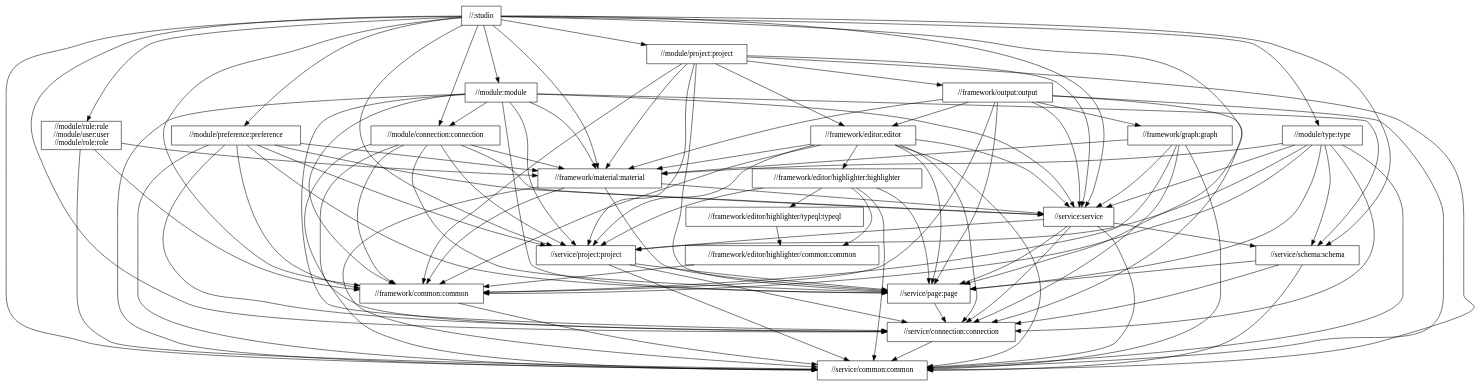
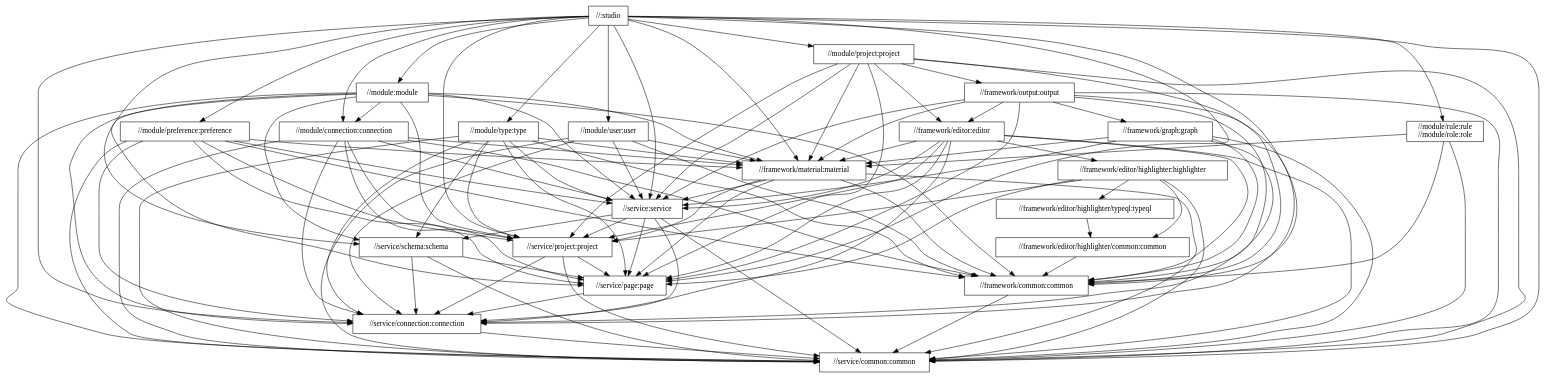
The diagram in docs/global-package-structure.dot (typedb/typedb-studio), drawn with Graphviz before and after one commit. The commit also changed 5 other files, not shown here.

Commit message:
Update dependency diagram in //docs

```diff
--- a/docs/global-package-structure.dot
+++ b/docs/global-package-structure.dot
@@ -1,126 +1,134 @@
 digraph mygraph {
   node [shape=box];
   "//:studio"
   "//:studio" -> "//framework/common:common"
   "//:studio" -> "//framework/material:material"
   "//:studio" -> "//module:module"
   "//:studio" -> "//module/connection:connection"
   "//:studio" -> "//module/preference:preference"
   "//:studio" -> "//module/project:project"
-  "//:studio" -> "//module/rule:rule\n//module/user:user\n//module/role:role"
+  "//:studio" -> "//module/rule:rule\n//module/role:role"
   "//:studio" -> "//module/type:type"
+  "//:studio" -> "//module/user:user"
   "//:studio" -> "//service/schema:schema"
   "//:studio" -> "//service:service"
   "//:studio" -> "//service/common:common"
   "//:studio" -> "//service/connection:connection"
   "//:studio" -> "//service/page:page"
   "//:studio" -> "//service/project:project"
-  "//module/type:type"
-  "//module/type:type" -> "//framework/common:common"
-  "//module/type:type" -> "//framework/material:material"
-  "//module/type:type" -> "//service:service"
-  "//module/type:type" -> "//service/common:common"
-  "//module/type:type" -> "//service/connection:connection"
-  "//module/type:type" -> "//service/page:page"
-  "//module/type:type" -> "//service/project:project"
-  "//module/type:type" -> "//service/schema:schema"
-  "//module/rule:rule\n//module/user:user\n//module/role:role"
-  "//module/rule:rule\n//module/user:user\n//module/role:role" -> "//framework/common:common"
-  "//module/rule:rule\n//module/user:user\n//module/role:role" -> "//framework/material:material"
-  "//module/rule:rule\n//module/user:user\n//module/role:role" -> "//service/common:common"
-  "//module/project:project"
-  "//module/project:project" -> "//framework/common:common"
-  "//module/project:project" -> "//framework/editor:editor"
-  "//module/project:project" -> "//framework/material:material"
-  "//module/project:project" -> "//framework/output:output"
-  "//module/project:project" -> "//service:service"
-  "//module/project:project" -> "//service/common:common"
-  "//module/project:project" -> "//service/page:page"
-  "//module/project:project" -> "//service/project:project"
+  "//module/preference:preference"
+  "//module/preference:preference" -> "//framework/common:common"
+  "//module/preference:preference" -> "//framework/material:material"
+  "//module/preference:preference" -> "//service:service"
+  "//module/preference:preference" -> "//service/common:common"
+  "//module/preference:preference" -> "//service/connection:connection"
+  "//module/preference:preference" -> "//service/page:page"
+  "//module/preference:preference" -> "//service/project:project"
   "//module:module"
   "//module:module" -> "//framework/common:common"
   "//module:module" -> "//framework/material:material"
   "//module:module" -> "//module/connection:connection"
   "//module:module" -> "//service:service"
   "//module:module" -> "//service/common:common"
   "//module:module" -> "//service/connection:connection"
   "//module:module" -> "//service/page:page"
   "//module:module" -> "//service/project:project"
   "//module:module" -> "//service/schema:schema"
-  "//module/preference:preference"
-  "//module/preference:preference" -> "//framework/common:common"
-  "//module/preference:preference" -> "//framework/material:material"
-  "//module/preference:preference" -> "//service:service"
-  "//module/preference:preference" -> "//service/common:common"
-  "//module/preference:preference" -> "//service/connection:connection"
-  "//module/preference:preference" -> "//service/page:page"
-  "//module/preference:preference" -> "//service/project:project"
-  "//module/connection:connection"
-  "//module/connection:connection" -> "//framework/common:common"
-  "//module/connection:connection" -> "//framework/material:material"
-  "//module/connection:connection" -> "//service:service"
-  "//module/connection:connection" -> "//service/common:common"
-  "//module/connection:connection" -> "//service/connection:connection"
-  "//module/connection:connection" -> "//service/page:page"
-  "//module/connection:connection" -> "//service/project:project"
+  "//module/type:type"
+  "//module/type:type" -> "//framework/common:common"
+  "//module/type:type" -> "//framework/material:material"
+  "//module/type:type" -> "//service:service"
+  "//module/type:type" -> "//service/common:common"
+  "//module/type:type" -> "//service/connection:connection"
+  "//module/type:type" -> "//service/page:page"
+  "//module/type:type" -> "//service/project:project"
+  "//module/type:type" -> "//service/schema:schema"
+  "//module/user:user"
+  "//module/user:user" -> "//framework/common:common"
+  "//module/user:user" -> "//framework/material:material"
+  "//module/user:user" -> "//service:service"
+  "//module/user:user" -> "//service/common:common"
+  "//module/user:user" -> "//service/connection:connection"
+  "//module/project:project"
+  "//module/project:project" -> "//framework/common:common"
+  "//module/project:project" -> "//framework/editor:editor"
+  "//module/project:project" -> "//framework/material:material"
+  "//module/project:project" -> "//framework/output:output"
+  "//module/project:project" -> "//service:service"
+  "//module/project:project" -> "//service/common:common"
+  "//module/project:project" -> "//service/page:page"
+  "//module/project:project" -> "//service/project:project"
   "//framework/output:output"
   "//framework/output:output" -> "//framework/common:common"
   "//framework/output:output" -> "//framework/editor:editor"
   "//framework/output:output" -> "//framework/graph:graph"
   "//framework/output:output" -> "//framework/material:material"
   "//framework/output:output" -> "//service:service"
   "//framework/output:output" -> "//service/common:common"
   "//framework/output:output" -> "//service/connection:connection"
   "//framework/output:output" -> "//service/page:page"
+  "//framework/graph:graph"
+  "//framework/graph:graph" -> "//framework/common:common"
+  "//framework/graph:graph" -> "//framework/material:material"
+  "//framework/graph:graph" -> "//service:service"
+  "//framework/graph:graph" -> "//service/common:common"
+  "//framework/graph:graph" -> "//service/connection:connection"
   "//framework/editor:editor"
   "//framework/editor:editor" -> "//framework/common:common"
   "//framework/editor:editor" -> "//framework/editor/highlighter:highlighter"
   "//framework/editor:editor" -> "//framework/material:material"
   "//framework/editor:editor" -> "//service:service"
   "//framework/editor:editor" -> "//service/common:common"
   "//framework/editor:editor" -> "//service/connection:connection"
   "//framework/editor:editor" -> "//service/page:page"
   "//framework/editor:editor" -> "//service/project:project"
-  "//framework/editor/highlighter:highlighter"
-  "//framework/editor/highlighter:highlighter" -> "//framework/editor/highlighter/common:common"
-  "//framework/editor/highlighter:highlighter" -> "//framework/editor/highlighter/typeql:typeql"
-  "//framework/editor/highlighter:highlighter" -> "//service/common:common"
-  "//framework/editor/highlighter:highlighter" -> "//service/page:page"
-  "//framework/editor/highlighter:highlighter" -> "//service/project:project"
-  "//framework/editor/highlighter/typeql:typeql"
-  "//framework/editor/highlighter/typeql:typeql" -> "//framework/editor/highlighter/common:common"
-  "//framework/editor/highlighter/common:common"
-  "//framework/editor/highlighter/common:common" -> "//framework/common:common"
-  "//framework/graph:graph"
-  "//framework/graph:graph" -> "//framework/common:common"
-  "//framework/graph:graph" -> "//framework/material:material"
-  "//framework/graph:graph" -> "//service:service"
-  "//framework/graph:graph" -> "//service/common:common"
-  "//framework/graph:graph" -> "//service/connection:connection"
+  "//module/rule:rule\n//module/role:role"
+  "//module/rule:rule\n//module/role:role" -> "//framework/common:common"
+  "//module/rule:rule\n//module/role:role" -> "//framework/material:material"
+  "//module/rule:rule\n//module/role:role" -> "//service/common:common"
+  "//module/connection:connection"
+  "//module/connection:connection" -> "//framework/common:common"
+  "//module/connection:connection" -> "//framework/material:material"
+  "//module/connection:connection" -> "//service:service"
+  "//module/connection:connection" -> "//service/common:common"
+  "//module/connection:connection" -> "//service/connection:connection"
+  "//module/connection:connection" -> "//service/page:page"
+  "//module/connection:connection" -> "//service/project:project"
   "//framework/material:material"
   "//framework/material:material" -> "//framework/common:common"
   "//framework/material:material" -> "//service:service"
   "//framework/material:material" -> "//service/common:common"
   "//framework/material:material" -> "//service/page:page"
-  "//framework/common:common"
-  "//framework/common:common" -> "//service/common:common"
+  "//framework/material:material" -> "//service/project:project"
   "//service:service"
   "//service:service" -> "//service/common:common"
   "//service:service" -> "//service/connection:connection"
   "//service:service" -> "//service/page:page"
   "//service:service" -> "//service/project:project"
   "//service:service" -> "//service/schema:schema"
   "//service/schema:schema"
   "//service/schema:schema" -> "//service/common:common"
   "//service/schema:schema" -> "//service/connection:connection"
   "//service/schema:schema" -> "//service/page:page"
+  "//framework/editor/highlighter:highlighter"
+  "//framework/editor/highlighter:highlighter" -> "//framework/editor/highlighter/common:common"
+  "//framework/editor/highlighter:highlighter" -> "//framework/editor/highlighter/typeql:typeql"
+  "//framework/editor/highlighter:highlighter" -> "//service/common:common"
+  "//framework/editor/highlighter:highlighter" -> "//service/page:page"
+  "//framework/editor/highlighter:highlighter" -> "//service/project:project"
   "//service/project:project"
   "//service/project:project" -> "//service/common:common"
   "//service/project:project" -> "//service/connection:connection"
   "//service/project:project" -> "//service/page:page"
   "//service/page:page"
   "//service/page:page" -> "//service/connection:connection"
   "//service/connection:connection"
   "//service/connection:connection" -> "//service/common:common"
+  "//framework/editor/highlighter/typeql:typeql"
+  "//framework/editor/highlighter/typeql:typeql" -> "//framework/editor/highlighter/common:common"
+  "//framework/editor/highlighter/common:common"
+  "//framework/editor/highlighter/common:common" -> "//framework/common:common"
+  "//framework/common:common"
+  "//framework/common:common" -> "//service/common:common"
   "//service/common:common"
 }
```
